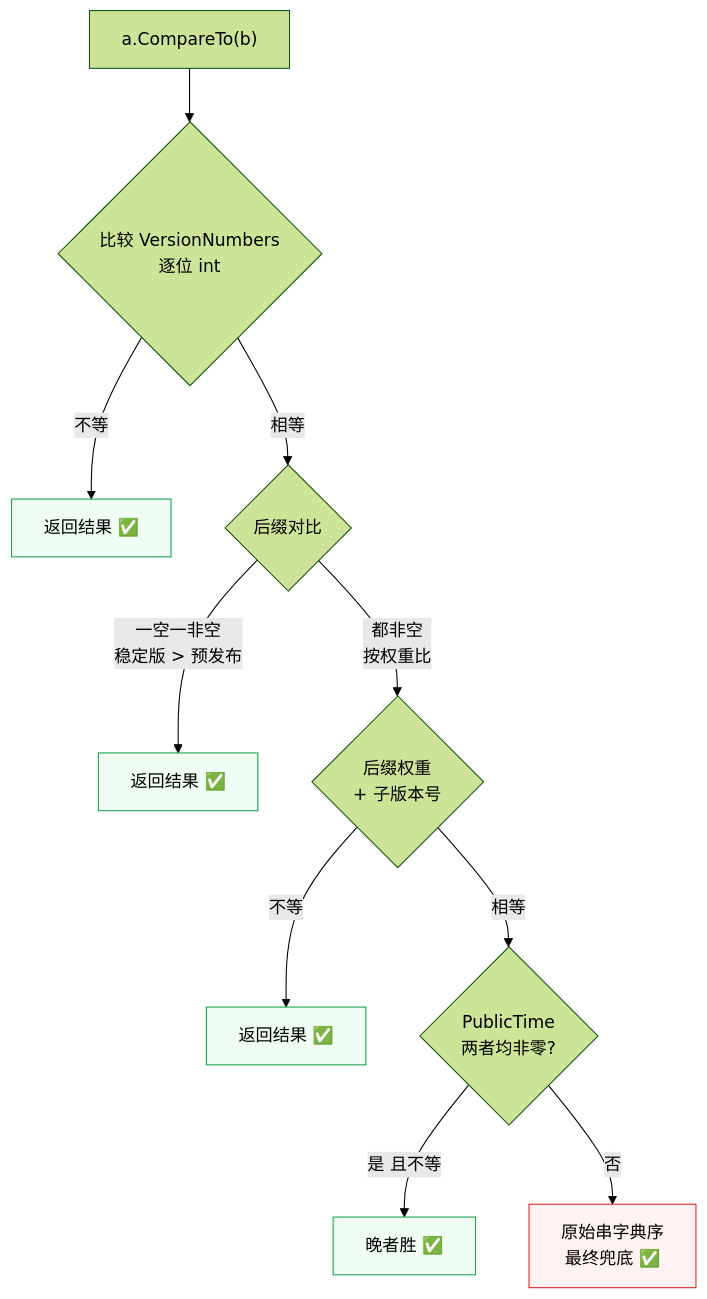
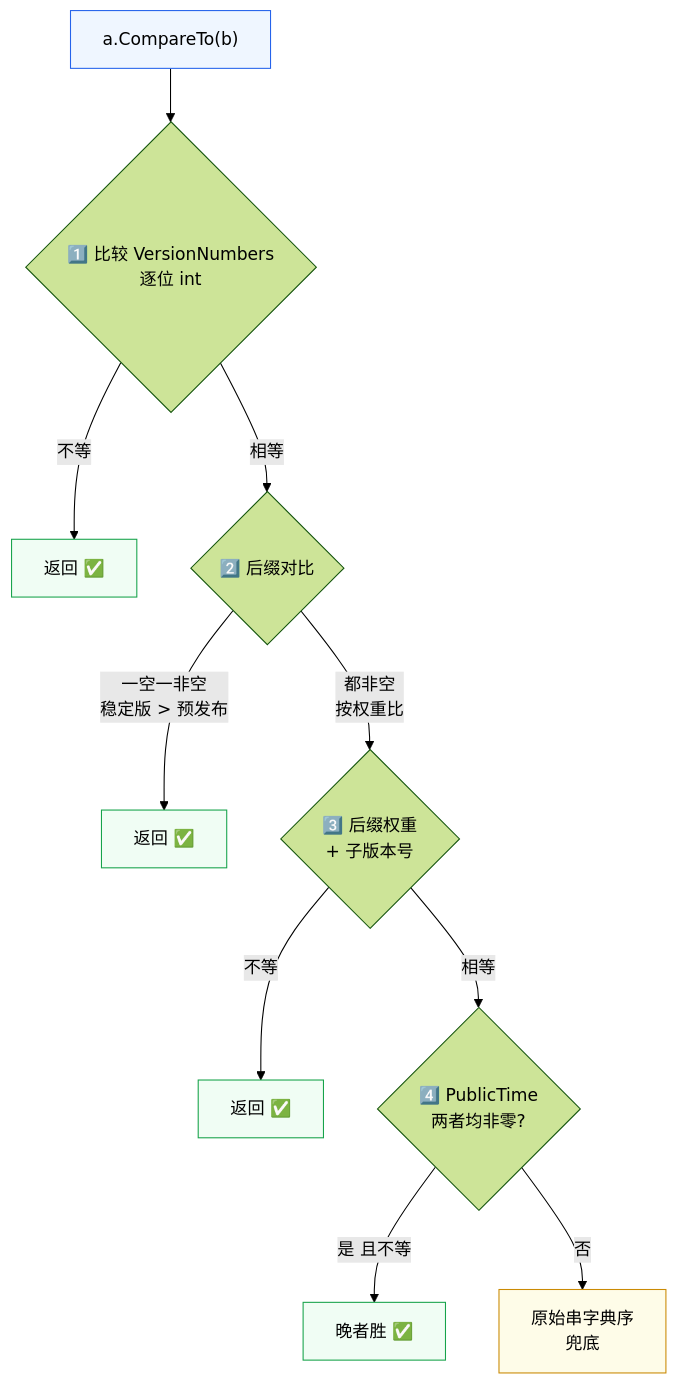
The second of 5 diagrams in website/algorithms.md (scagogogo/versions-skills), drawn with Mermaid (forest theme) before and after one commit. The commit also changed other lines of this file, not shown here.

```diff
--- a/website/algorithms.md
+++ b/website/algorithms.md
@@ -62,17 +84,18 @@
 :::mermaid
 flowchart TD
-  START["a.CompareTo(b)"] --> N1{"比较 VersionNumbers<br/>逐位 int"}
-  N1 -->|"不等"| R1["返回结果 ✅"]
-  N1 -->|"相等"| S1{"后缀对比"}
-  S1 -->|"一空一非空<br/>稳定版 > 预发布"| R2["返回结果 ✅"]
-  S1 -->|"都非空<br/>按权重比"| W{"后缀权重<br/>+ 子版本号"}
-  W -->|"不等"| R3["返回结果 ✅"]
-  W -->|"相等"| T1{"PublicTime<br/>两者均非零?"}
-  T1 -->|"是 且不等"| R4["晚者胜 ✅"]
-  T1 -->|"否"| RAW["原始串字典序<br/>最终兜底 ✅"]
-  style R1 fill:#f0fdf4,stroke:#16a34a
-  style R2 fill:#f0fdf4,stroke:#16a34a
-  style R3 fill:#f0fdf4,stroke:#16a34a
-  style R4 fill:#f0fdf4,stroke:#16a34a
-  style RAW fill:#fef2f2,stroke:#dc2626
+  START["a.CompareTo(b)"] --> N1{"1️⃣ 比较 VersionNumbers<br/>逐位 int"}
+  N1 -->|"不等"| DONE1["返回 ✅"]
+  N1 -->|"相等"| S1{"2️⃣ 后缀对比"}
+  S1 -->|"一空一非空<br/>稳定版 > 预发布"| DONE2["返回 ✅"]
+  S1 -->|"都非空<br/>按权重比"| W{"3️⃣ 后缀权重<br/>+ 子版本号"}
+  W -->|"不等"| DONE3["返回 ✅"]
+  W -->|"相等"| T1{"4️⃣ PublicTime<br/>两者均非零?"}
+  T1 -->|"是 且不等"| DONE4["晚者胜 ✅"]
+  T1 -->|"否"| RAW["原始串字典序<br/>兜底"]
+  style START fill:#eff6ff,stroke:#2563eb
+  style DONE1 fill:#f0fdf4,stroke:#16a34a
+  style DONE2 fill:#f0fdf4,stroke:#16a34a
+  style DONE3 fill:#f0fdf4,stroke:#16a34a
+  style DONE4 fill:#f0fdf4,stroke:#16a34a
+  style RAW fill:#fefce8,stroke:#ca8a04
 :::
```
